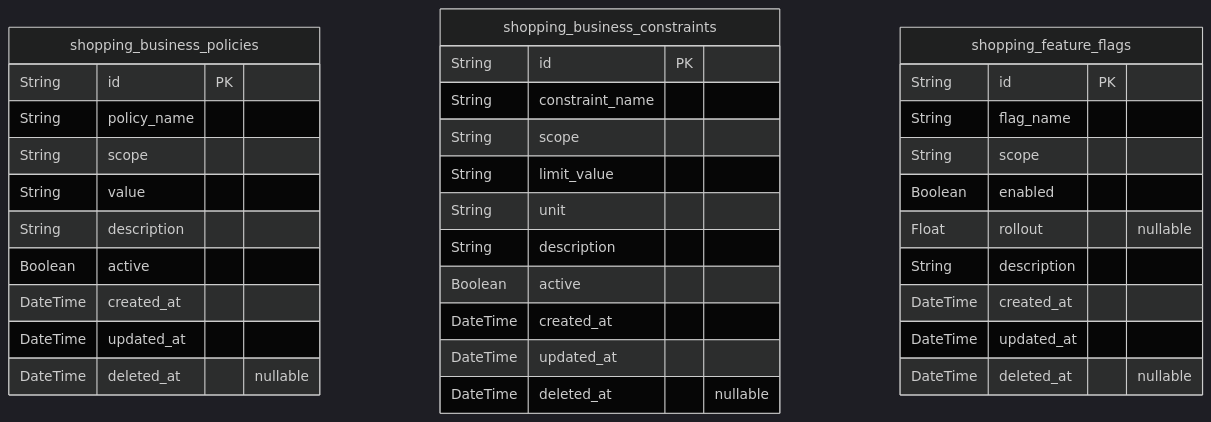
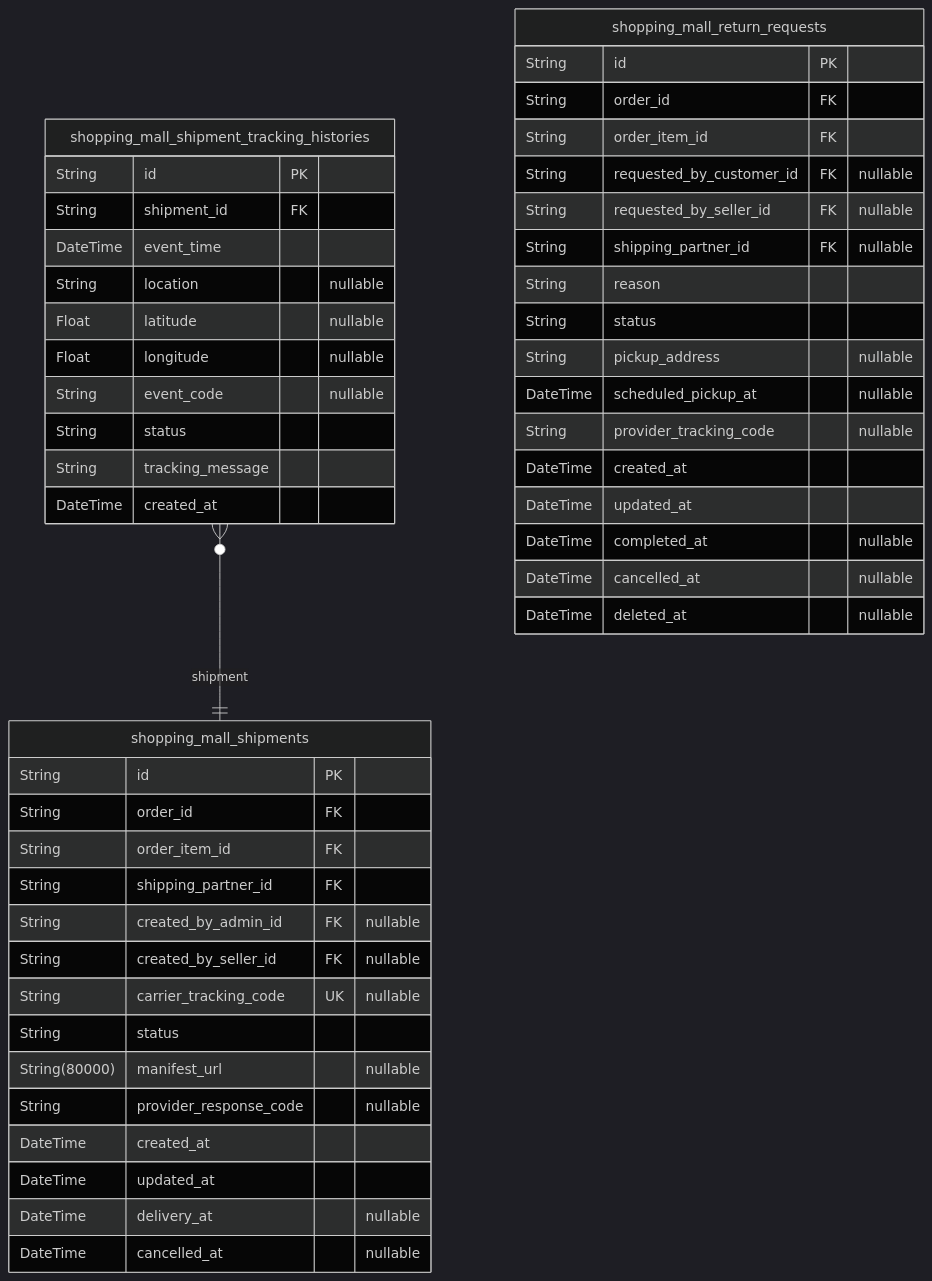
The tenth of 10 diagrams in openai/gpt-4.1/shopping/docs/ERD.md (wrtnlabs/autobe-examples), drawn with Mermaid (dark theme) before and after one commit. The commit also changed other lines of this file and 22498 other files, not shown here.

````diff
--- a/openai/gpt-4.1/shopping/docs/ERD.md
+++ b/openai/gpt-4.1/shopping/docs/ERD.md
@@ -2265,37 +1874,50 @@
 ```mermaid
 erDiagram
-"shopping_business_policies" {
+"shopping_mall_shipments" {
   String id PK
-  String policy_name
-  String scope
-  String value
-  String description
-  Boolean active
+  String order_id FK
+  String order_item_id FK
+  String shipping_partner_id FK
+  String created_by_admin_id FK "nullable"
+  String created_by_seller_id FK "nullable"
+  String carrier_tracking_code UK "nullable"
+  String status
+  String(80000) manifest_url "nullable"
+  String provider_response_code "nullable"
   DateTime created_at
   DateTime updated_at
+  DateTime delivery_at "nullable"
+  DateTime cancelled_at "nullable"
+}
+"shopping_mall_shipment_tracking_histories" {
+  String id PK
+  String shipment_id FK
+  DateTime event_time
+  String location "nullable"
+  Float latitude "nullable"
+  Float longitude "nullable"
+  String event_code "nullable"
+  String status
+  String tracking_message
+  DateTime created_at
+}
+"shopping_mall_return_requests" {
+  String id PK
+  String order_id FK
+  String order_item_id FK
+  String requested_by_customer_id FK "nullable"
+  String requested_by_seller_id FK "nullable"
+  String shipping_partner_id FK "nullable"
+  String reason
+  String status
+  String pickup_address "nullable"
+  DateTime scheduled_pickup_at "nullable"
+  String provider_tracking_code "nullable"
+  DateTime created_at
+  DateTime updated_at
+  DateTime completed_at "nullable"
+  DateTime cancelled_at "nullable"
   DateTime deleted_at "nullable"
 }
-"shopping_business_constraints" {
-  String id PK
-  String constraint_name
-  String scope
-  String limit_value
-  String unit
-  String description
-  Boolean active
-  DateTime created_at
-  DateTime updated_at
-  DateTime deleted_at "nullable"
-}
-"shopping_feature_flags" {
-  String id PK
-  String flag_name
-  String scope
-  Boolean enabled
-  Float rollout "nullable"
-  String description
-  DateTime created_at
-  DateTime updated_at
-  DateTime deleted_at "nullable"
-}
+"shopping_mall_shipment_tracking_histories" }o--|| "shopping_mall_shipments" : shipment
 ```
````
